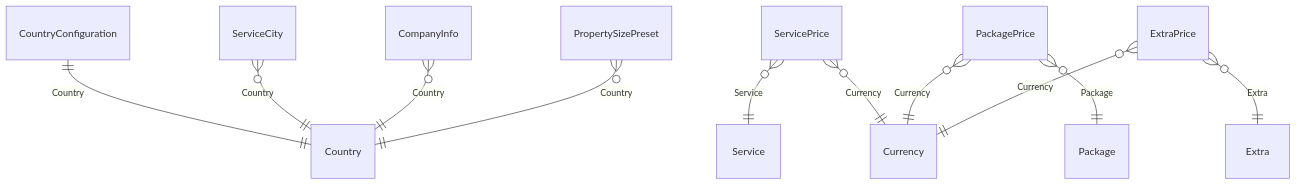
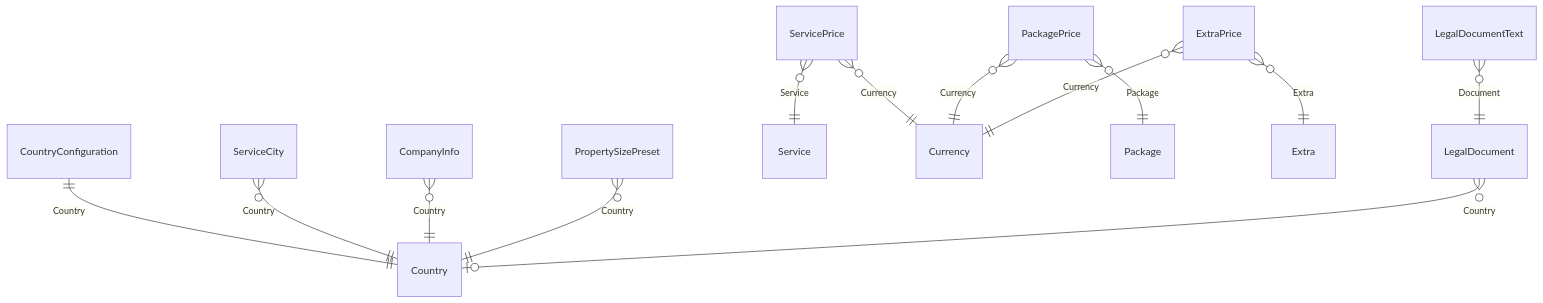
Before and after one commit to VM-s-Solutions/cleansia: the fourth of 6 diagrams in docs/domain/model.md, drawn with Mermaid. The commit also changed other lines of this file and 45 other files, not shown here.

````diff
--- a/docs/domain/model.md
+++ b/docs/domain/model.md
@@ -135,13 +136,15 @@
 ```mermaid
 erDiagram
   CountryConfiguration ||--|| Country : "Country"
   ServiceCity }o--|| Country : "Country"
   CompanyInfo }o--|| Country : "Country"
   PropertySizePreset }o--|| Country : "Country"
   ServicePrice }o--|| Service : "Service"
   ServicePrice }o--|| Currency : "Currency"
   PackagePrice }o--|| Package : "Package"
   PackagePrice }o--|| Currency : "Currency"
   ExtraPrice }o--|| Extra : "Extra"
   ExtraPrice }o--|| Currency : "Currency"
+  LegalDocument }o--o| Country : "Country"
+  LegalDocumentText }o--|| LegalDocument : "Document"
 ```
````
